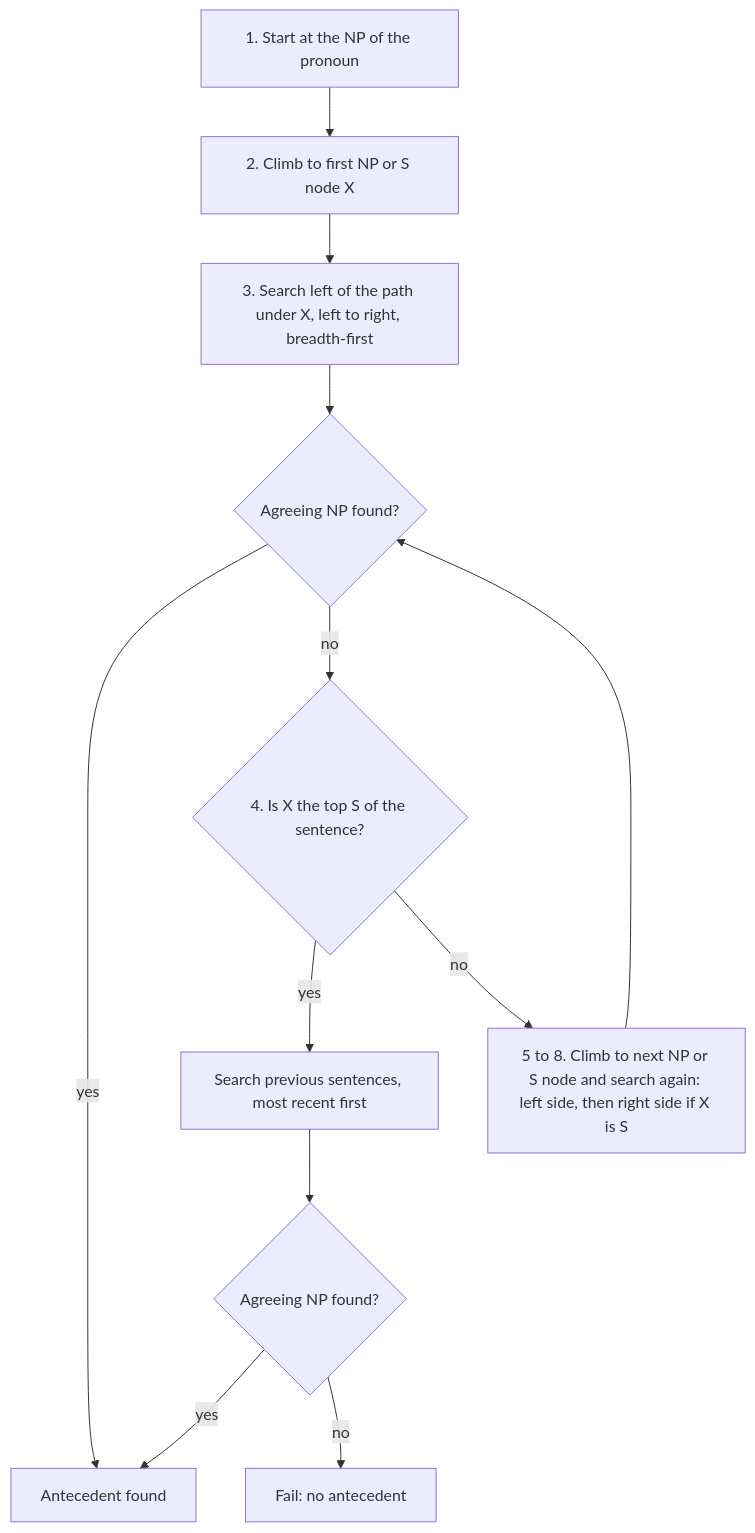
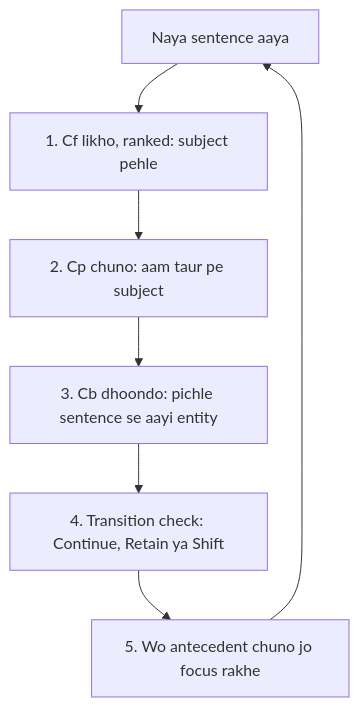
Before and after one commit to TrendySloth1001/sem-seven-notes: the second of 4 diagrams in content/natural-language-processing/notes/anaphora-resolution.hi.mdx, drawn with Mermaid. The commit also changed other lines of this file and 406 other files, not shown here.

````diff
--- a/content/natural-language-processing/notes/anaphora-resolution.hi.mdx
+++ b/content/natural-language-processing/notes/anaphora-resolution.hi.mdx
@@ -130,15 +67,10 @@
 ```mermaid
-%% caption: Hobbs search flowchart ki tarah. Search pronoun se bahar ki taraf jaata hai, pehle uske apne sentence ke andar (steps 2 se 3 aur 5 se 8), phir pichhle sentences mein, most recent pehle (step 4). Pehla agree karne wala NP accept ho jaata hai.
+%% caption: Centering ek loop hai jo har naye sentence ke liye chalta hai.
 flowchart TD
-  A["1. Start at the NP of the pronoun"] --> B["2. Climb to first NP or S node X"]
-  B --> C["3. Search left of the path under X, left to right, breadth-first"]
-  C --> D{"Agreeing NP found?"}
-  D -->|"yes"| Z["Antecedent found"]
-  D -->|"no"| E{"4. Is X the top S of the sentence?"}
-  E -->|"yes"| F["Search previous sentences, most recent first"]
-  F --> G{"Agreeing NP found?"}
-  G -->|"yes"| Z
-  G -->|"no"| Y["Fail: no antecedent"]
-  E -->|"no"| H["5 to 8. Climb to next NP or S node and search again: left side, then right side if X is S"]
-  H --> D
+  A["Naya sentence aaya"] --> B["1. Cf likho, ranked: subject pehle"]
+  B --> C["2. Cp chuno: aam taur pe subject"]
+  C --> D["3. Cb dhoondo: pichle sentence se aayi entity"]
+  D --> E["4. Transition check: Continue, Retain ya Shift"]
+  E --> F["5. Wo antecedent chuno jo focus rakhe"]
+  F --> A
 ```
````
